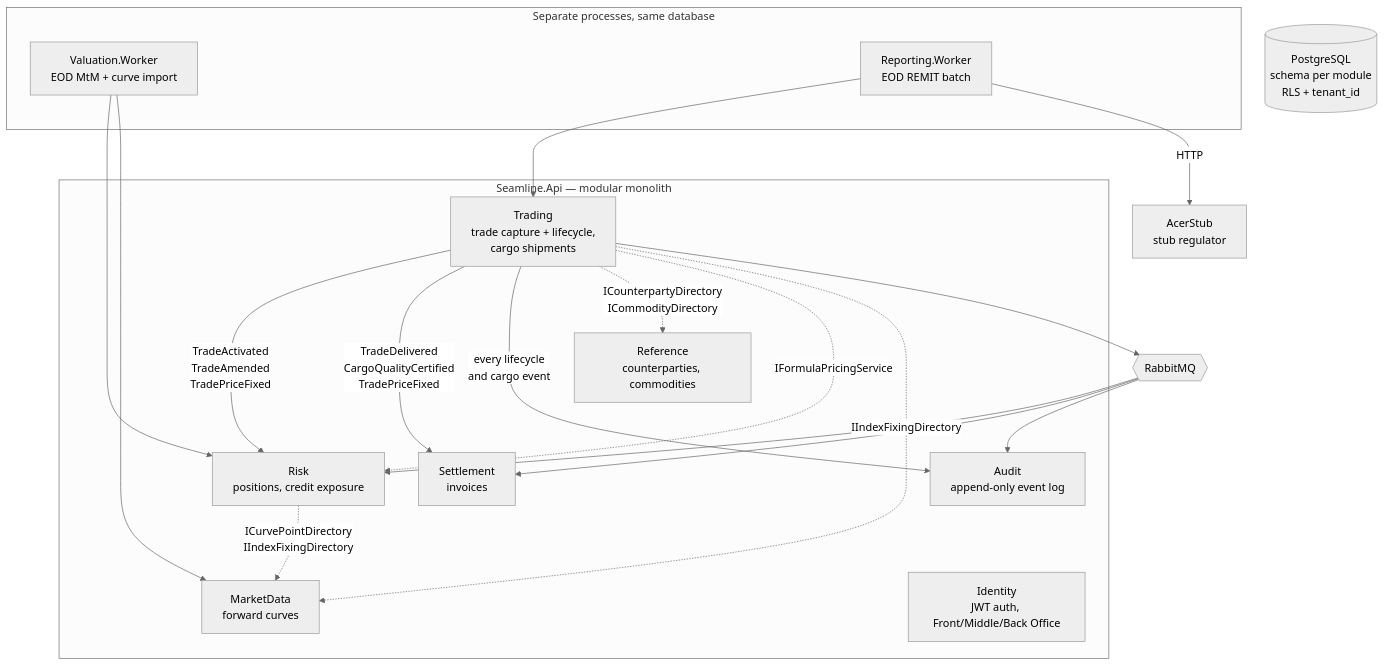
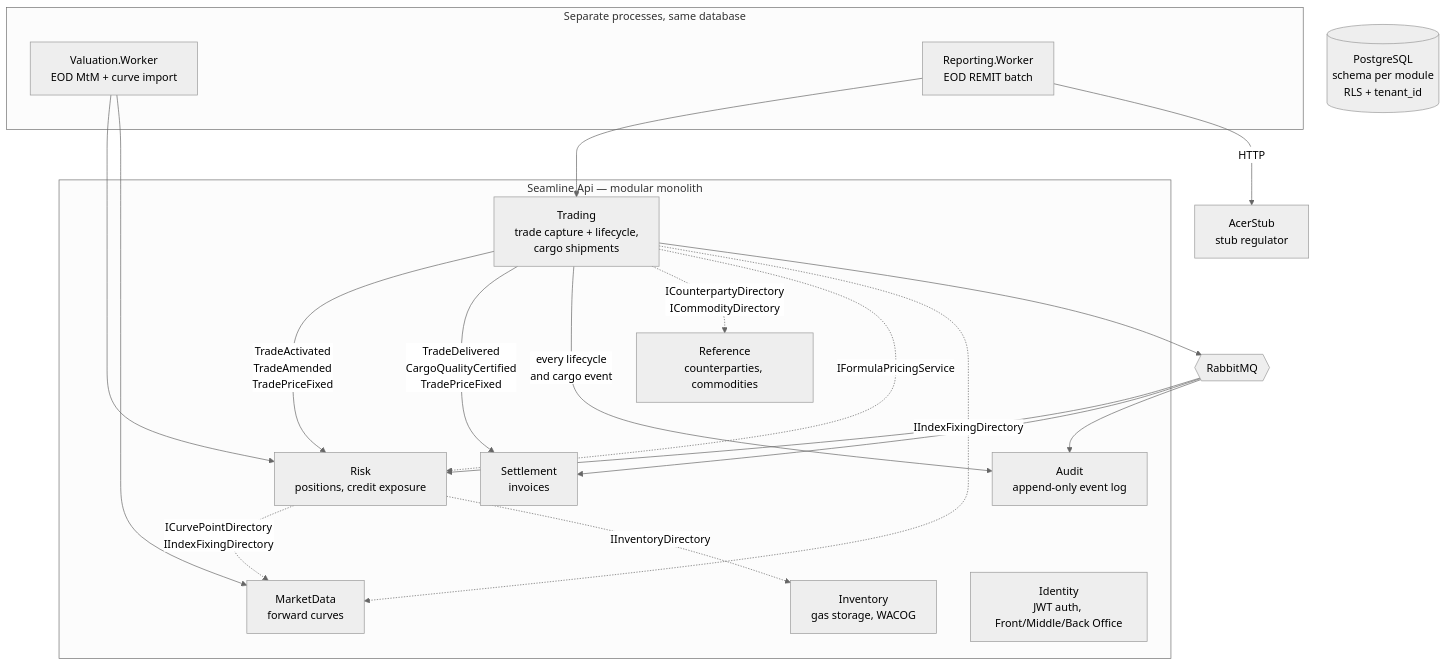
The first of 2 diagrams in README.md (TropinAlexey/seamline), drawn with Mermaid (neutral theme) before and after one commit. The commit also changed other lines of this file and 63 other files, not shown here.

First line of the commit message:
feat(inventory): Add gas storage with a movement ledger and WACOG

````diff
--- a/README.md
+++ b/README.md
@@ -252,38 +262,40 @@
 ```mermaid
 graph TB
     subgraph api["Seamline.Api — modular monolith"]
         TRD["Trading\ntrade capture + lifecycle,\ncargo shipments"]
         REF["Reference\ncounterparties, commodities"]
         RSK["Risk\npositions, credit exposure"]
         MKT["MarketData\nforward curves"]
         STL["Settlement\ninvoices"]
+        INV["Inventory\ngas storage, WACOG"]
         AUD["Audit\nappend-only event log"]
         IDN["Identity\nJWT auth, Front/Middle/Back Office"]
     end
 
     subgraph workers["Separate processes, same database"]
         VAL["Valuation.Worker\nEOD MtM + curve import"]
         RPT["Reporting.Worker\nEOD REMIT batch"]
     end
 
     TRD -- "TradeActivated\nTradeAmended\nTradePriceFixed" --> RSK
     TRD -- "TradeDelivered\nCargoQualityCertified\nTradePriceFixed" --> STL
     TRD -- "every lifecycle\nand cargo event" --> AUD
     TRD -. "ICounterpartyDirectory\nICommodityDirectory" .-> REF
     TRD -. "IFormulaPricingService" .-> RSK
     TRD -. "IIndexFixingDirectory" .-> MKT
     RSK -. "ICurvePointDirectory\nIIndexFixingDirectory" .-> MKT
+    RSK -. "IInventoryDirectory" .-> INV
 
     VAL --> RSK
     VAL --> MKT
     RPT --> TRD
     RPT -- "HTTP" --> ACER["AcerStub\nstub regulator"]
 
     PG[("PostgreSQL\nschema per module\nRLS + tenant_id")]
     RMQ{{"RabbitMQ"}}
 
     TRD --> RMQ
     RMQ --> RSK
     RMQ --> STL
     RMQ --> AUD
 ```
````
